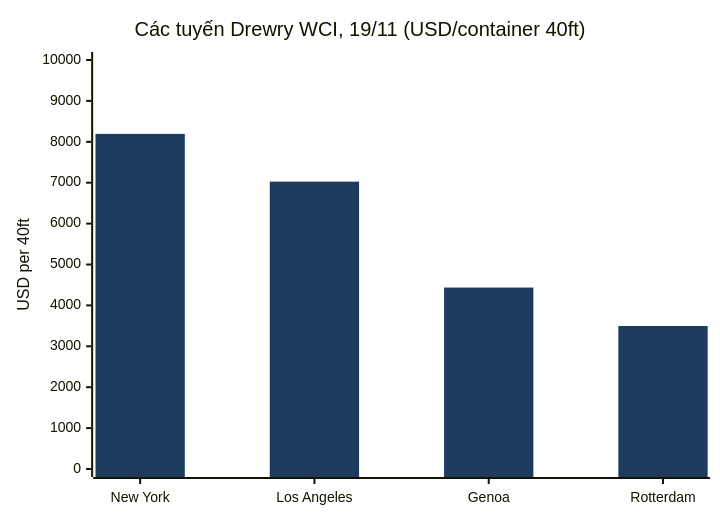
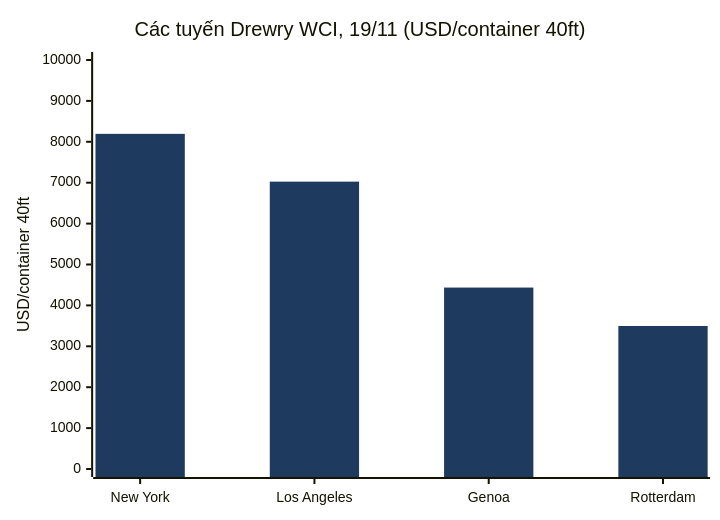
One commit to dureach/research changed the eighth of 15 diagrams in Global-Trade-Intelligence-weekly-2026-11-23/index.vi.md. Above: the diagram before and after it, drawn with Mermaid. The commit also changed other lines of this file and 5 other files, not shown here.

````diff
--- a/Global-Trade-Intelligence-weekly-2026-11-23/index.vi.md
+++ b/Global-Trade-Intelligence-weekly-2026-11-23/index.vi.md
@@ -484,8 +484,8 @@
 ```mermaid
 %%{init: {'theme': 'base', 'themeVariables': {'xyChart': {'plotColorPalette': '#1e3a5f'}}}}%%
 xychart-beta
     title "Các tuyến Drewry WCI, 19/11 (USD/container 40ft)"
     x-axis ["New York", "Los Angeles", "Genoa", "Rotterdam"]
-    y-axis "USD per 40ft" 0 --> 10000
+    y-axis "USD/container 40ft" 0 --> 10000
     bar [8194, 7026, 4436, 3496]
 ```
````
